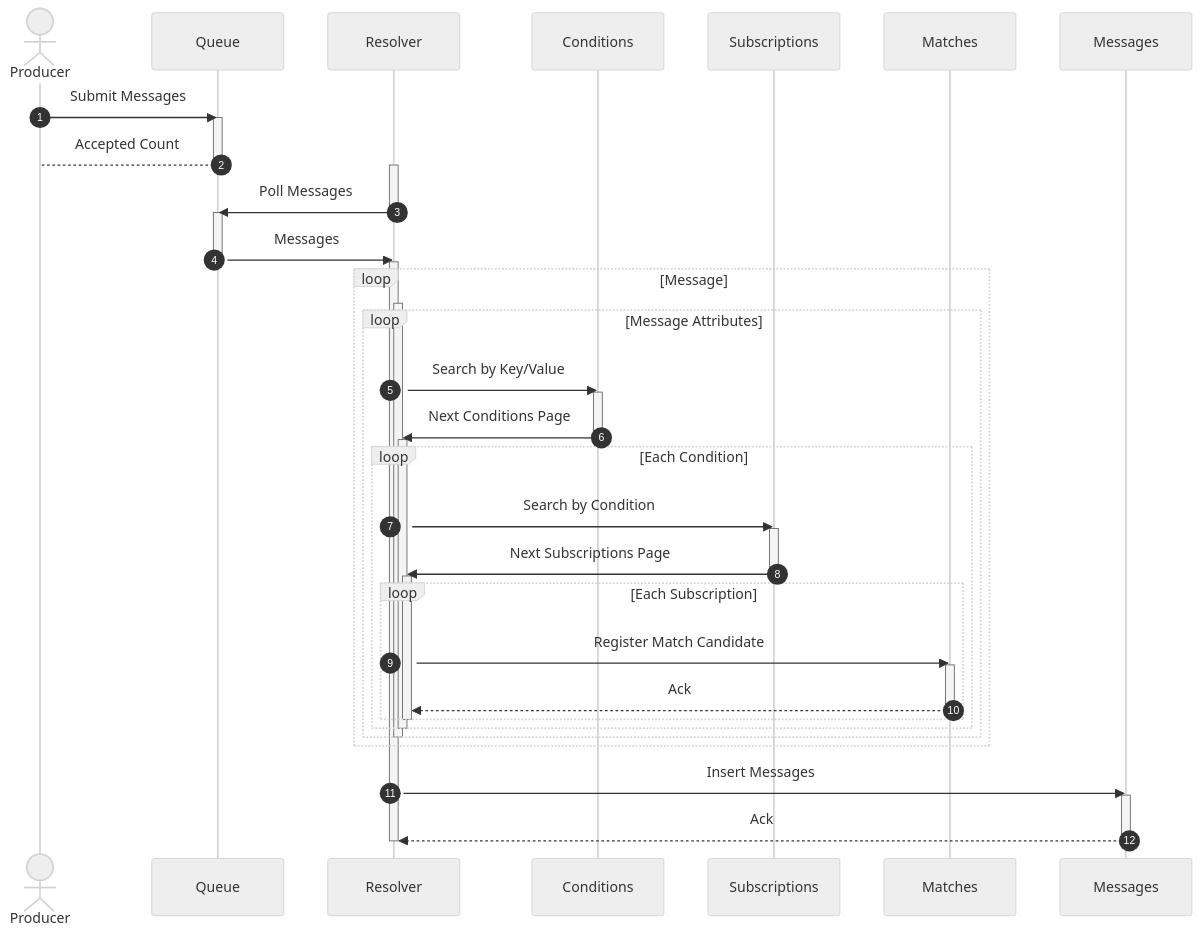
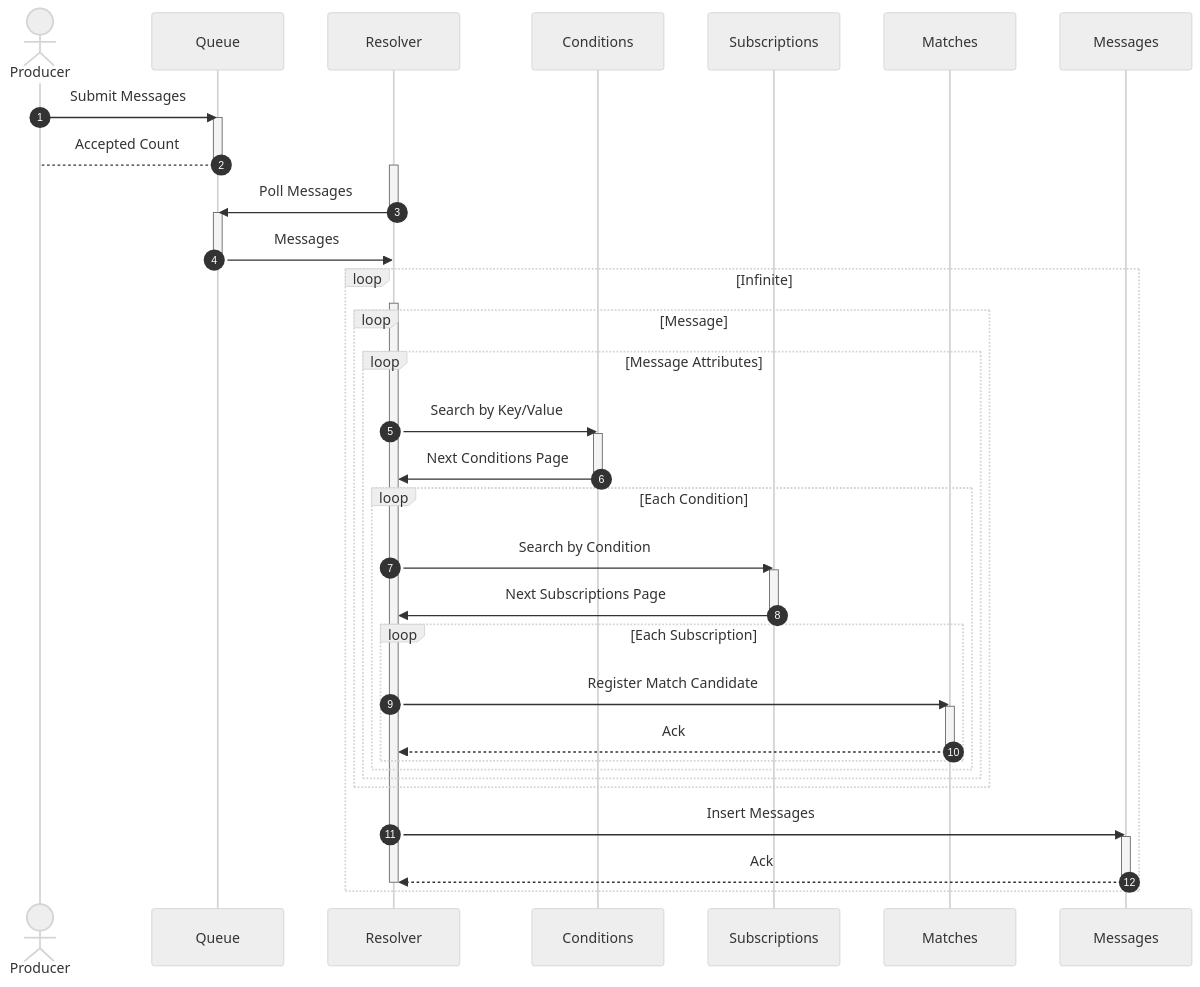
Before and after one commit to awakari/.github: the first of 2 diagrams in profile/README.md, drawn with Mermaid.

Commit message:
readme update

````diff
--- a/profile/README.md
+++ b/profile/README.md
@@ -121,67 +121,67 @@
 ```mermaid
 %%{init: {'theme': 'neutral' } }%%
 sequenceDiagram
 
     autonumber
 
     actor Producer
     participant Queue
     participant Resolver
     participant Conditions
     participant Subscriptions
     participant Matches
     participant Messages
 
     Producer->>Queue: Submit Messages
     activate Queue
     Queue-->Producer: Accepted Count
     deactivate Queue
     
     activate Resolver
     Resolver->>Queue: Poll Messages
     deactivate Resolver
     
     activate Queue
     Queue->>Resolver: Messages
     deactivate Queue
     
-    activate Resolver
-    loop Message
+    loop Infinite
     
         activate Resolver
-        loop Message Attributes
+        loop Message
         
-            Resolver->>Conditions: Search by Key/Value
-            activate Conditions
-            Conditions->>Resolver: Next Conditions Page
-            deactivate Conditions
+            loop Message Attributes
             
-            activate Resolver
-            loop Each Condition
+                Resolver->>Conditions: Search by Key/Value
+                activate Conditions
+                Conditions->>Resolver: Next Conditions Page
+                deactivate Conditions
                 
-                Resolver->>Subscriptions: Search by Condition
-                activate Subscriptions
-                Subscriptions->>Resolver: Next Subscriptions Page
-                deactivate Subscriptions
-                
-                activate Resolver
-                loop Each Subscription
-                    Resolver->>Matches: Register Match Candidate
-                    activate Matches
-                    Matches-->>Resolver: Ack
-                    deactivate Matches
+                loop Each Condition
+                    
+                    Resolver->>Subscriptions: Search by Condition
+                    activate Subscriptions
+                    Subscriptions->>Resolver: Next Subscriptions Page
+                    deactivate Subscriptions
+                    
+                    loop Each Subscription
+                        Resolver->>Matches: Register Match Candidate
+                        activate Matches
+                        Matches-->>Resolver: Ack
+                        deactivate Matches
+                    end
+                    
                 end
-                deactivate Resolver
-                
             end
-            deactivate Resolver
         end
+            
+        Resolver->>Messages: Insert Messages
+        
+        activate Messages
+        Messages-->>Resolver: Ack
+        deactivate Messages
+        
         deactivate Resolver
+        
     end
-        
-    Resolver->>Messages: Insert Messages
-    activate Messages
-    Messages-->>Resolver: Ack
-    deactivate Messages
-    deactivate Resolver
 ```
````
